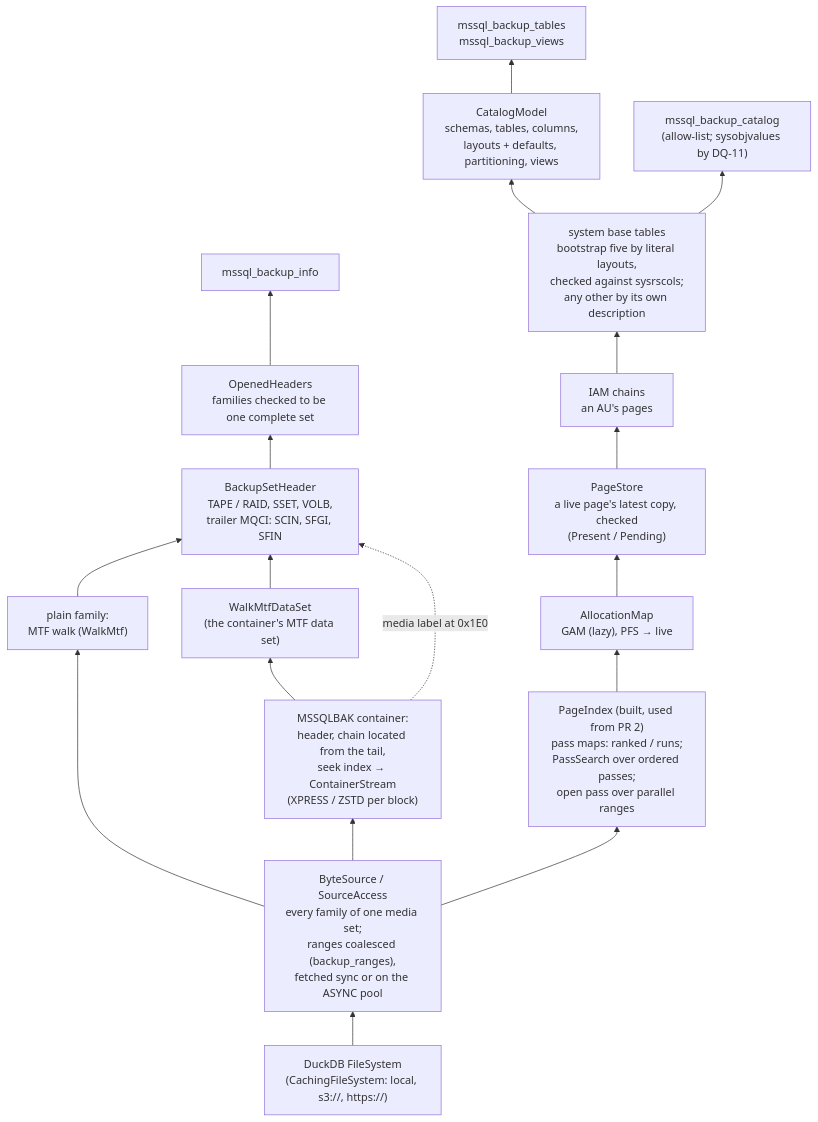
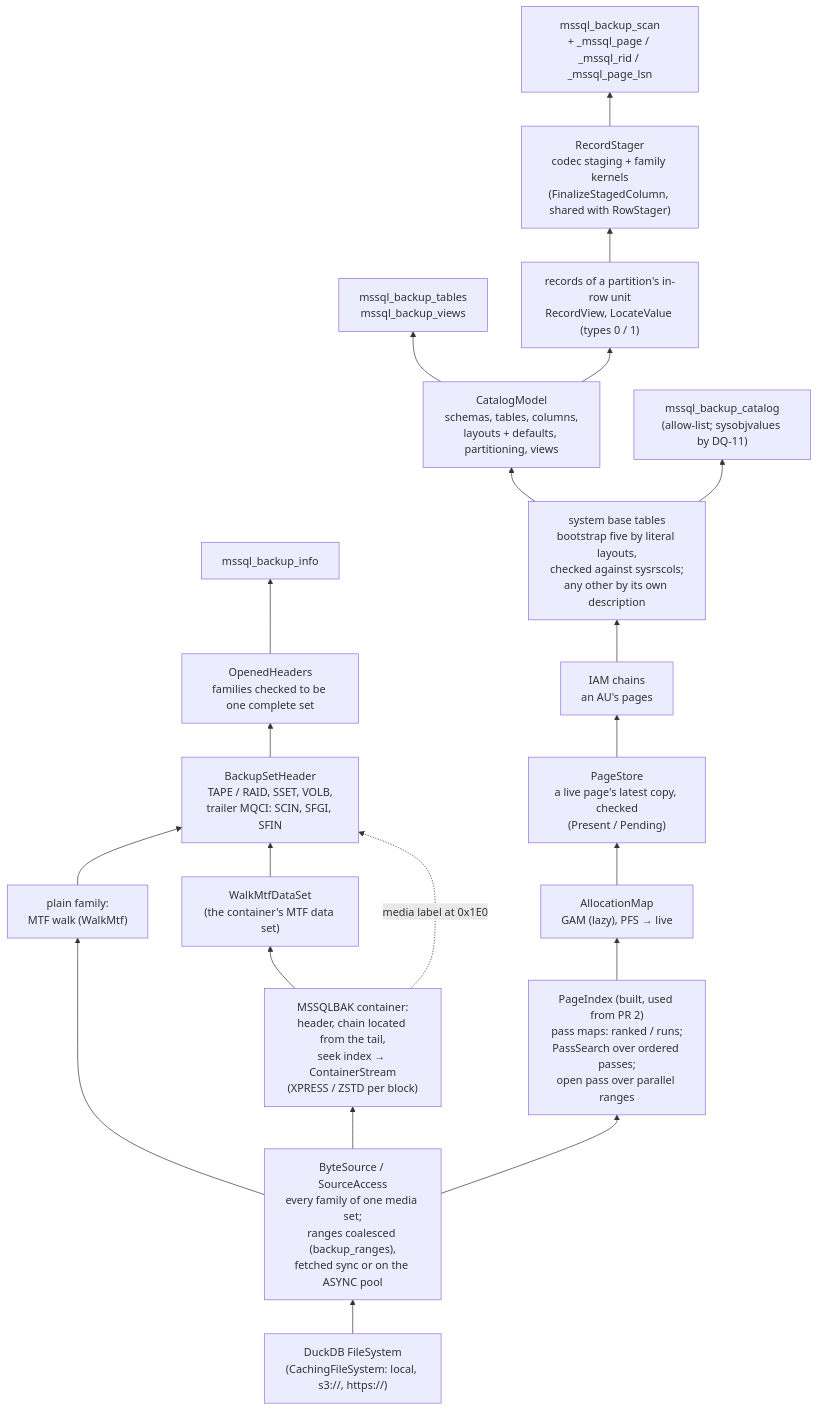
Before and after one commit to hugr-lab/mssql-extension: diagram 19 of 20 in DATAMODEL.md, drawn with Mermaid. The commit also changed other lines of this file and 1 other file, not shown here.

First line of the commit message:
docs(backup): spec 085 PR 2d step 7 -- PR 2d as landed, DATAMODEL's rows

````diff
--- a/DATAMODEL.md
+++ b/DATAMODEL.md
@@ -1402,20 +1402,23 @@
 ```mermaid
 flowchart BT
   fs["DuckDB FileSystem<br/>(CachingFileSystem: local, s3://, https://)"] --> src["ByteSource / SourceAccess<br/>every family of one media set;<br/>ranges coalesced (backup_ranges),<br/>fetched sync or on the ASYNC pool"]
   src --> plain["plain family:<br/>MTF walk (WalkMtf)"]
   src --> cont["MSSQLBAK container:<br/>header, chain located from the tail,<br/>seek index → ContainerStream<br/>(XPRESS / ZSTD per block)"]
   cont --> ds["WalkMtfDataSet<br/>(the container's MTF data set)"]
   plain --> set["BackupSetHeader<br/>TAPE / RAID, SSET, VOLB,<br/>trailer MQCI: SCIN, SFGI, SFIN"]
   ds --> set
   cont -. media label at 0x1E0 .-> set
   set --> opened["OpenedHeaders<br/>families checked to be one complete set"]
   opened --> info["mssql_backup_info"]
   src --> idx["PageIndex (built, used from PR 2)<br/>pass maps: ranked / runs;<br/>PassSearch over ordered passes;<br/>open pass over parallel ranges"]
   idx --> alloc["AllocationMap<br/>GAM (lazy), PFS → live"]
   alloc --> store["PageStore<br/>a live page's latest copy, checked<br/>(Present / Pending)"]
   store --> iam["IAM chains<br/>an AU's pages"]
   iam --> sys["system base tables<br/>bootstrap five by literal layouts,<br/>checked against sysrscols;<br/>any other by its own description"]
   sys --> model["CatalogModel<br/>schemas, tables, columns,<br/>layouts + defaults, partitioning, views"]
   model --> tables["mssql_backup_tables<br/>mssql_backup_views"]
   sys --> basetables["mssql_backup_catalog<br/>(allow-list; sysobjvalues by DQ-11)"]
+  model --> rec["records of a partition's in-row unit<br/>RecordView, LocateValue (types 0 / 1)"]
+  rec --> stager["RecordStager<br/>codec staging + family kernels<br/>(FinalizeStagedColumn, shared with RowStager)"]
+  stager --> scan["mssql_backup_scan<br/>+ _mssql_page / _mssql_rid / _mssql_page_lsn"]
 ```
````
